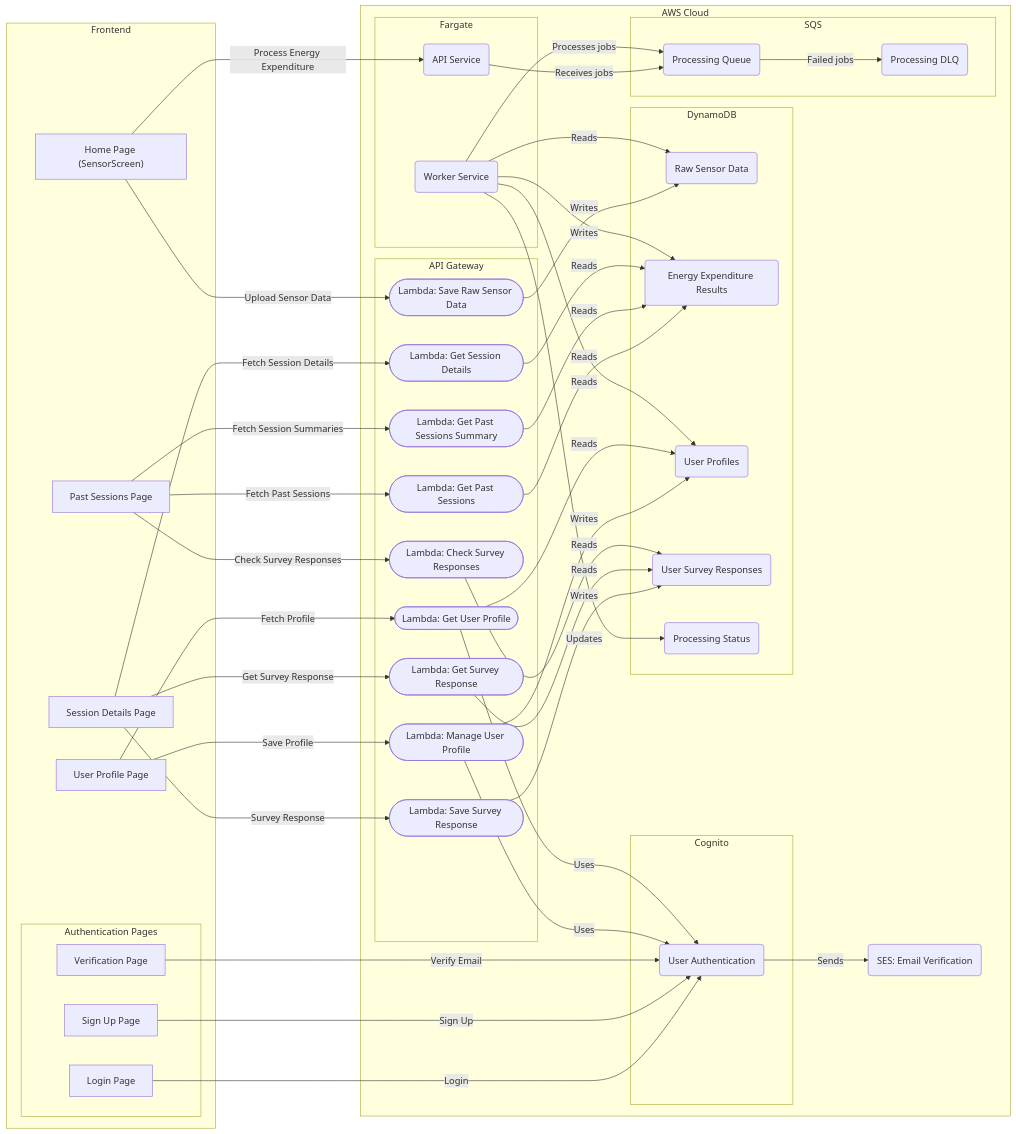
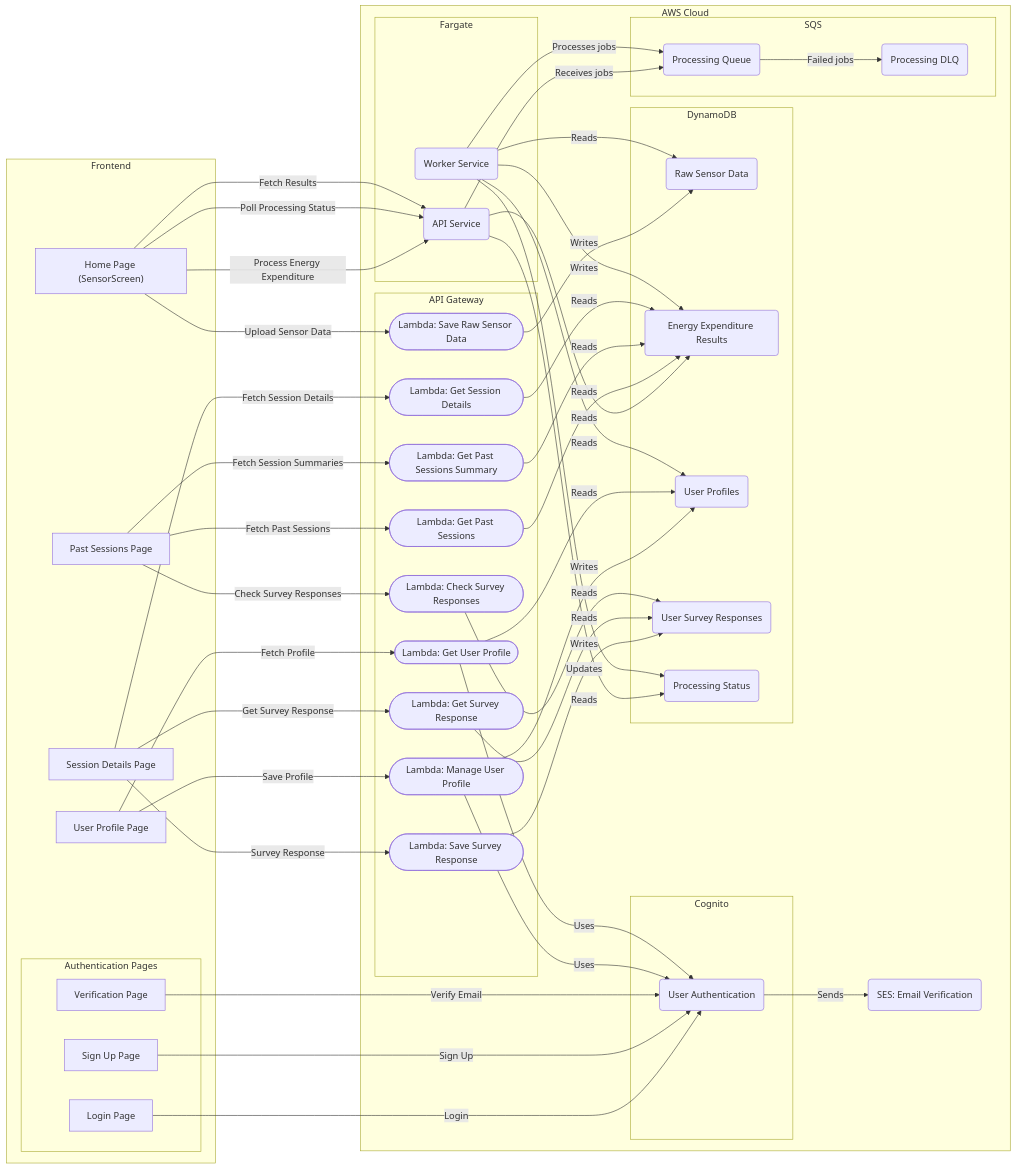
Before and after one commit to JustinHuang05/OpenMetabolics: the diagram in open_metabolics_app/ARCHITECTURE.md, drawn with Mermaid.

Commit message:
architecutre update

```diff
--- a/open_metabolics_app/ARCHITECTURE.md
+++ b/open_metabolics_app/ARCHITECTURE.md
@@ -66,6 +66,11 @@
     %% Frontend to Lambda (API Gateway) connections
     A1-->|Upload Sensor Data|B1
     A1-->|Process Energy Expenditure|E1
+    %% Polling for processing status and fetching results
+    A1-->|Poll Processing Status|E1
+    E1-->|Reads|D5
+    A1-->|Fetch Results|E1
+    E1-->|Reads|D2
     A3-->|Save Profile|B2
     A3-->|Fetch Profile|B3
     A2-->|Fetch Past Sessions|B4
```
